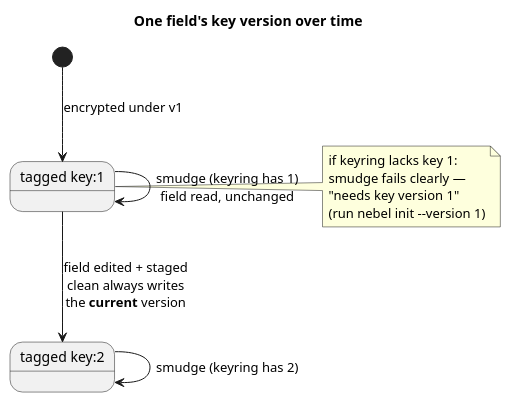
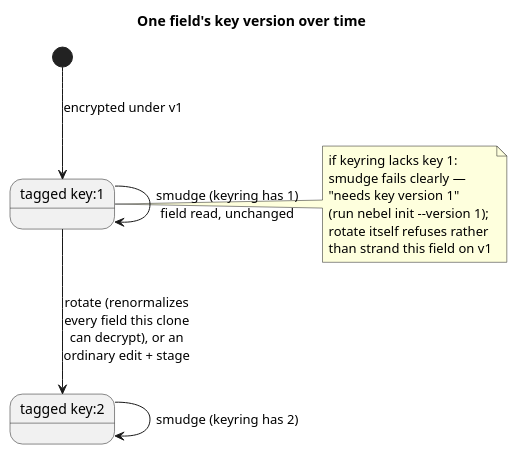
The diagram in specs/11-cli-rotate.md (MuffinUser/NeBEL), drawn with PlantUML before and after one commit. The commit also changed other lines of this file and 32 other files, not shown here.

First line of the commit message:
Implement nebel rotate with eager, guaranteed re-encryption

````diff
--- a/specs/11-cli-rotate.md
+++ b/specs/11-cli-rotate.md
@@ -15,20 +16,22 @@
 ```plantuml
 @startuml
 title One field's key version over time
 state "tagged key:1" as v1
 state "tagged key:2" as v2
 
 [*] --> v1 : encrypted under v1
 
 v1 --> v1 : smudge (keyring has 1)\nfield read, unchanged
-v1 --> v2 : field edited + staged\nclean always writes\nthe **current** version
+v1 --> v2 : rotate (renormalizes\nevery field this clone\ncan decrypt), or an\nordinary edit + stage
 v2 --> v2 : smudge (keyring has 2)
 
 note right of v1
   if keyring lacks key 1:
   smudge fails clearly —
   "needs key version 1"
-  (run nebel init --version 1)
+  (run nebel init --version 1);
+  rotate itself refuses rather
+  than strand this field on v1
 end note
 @enduml
 ```
````
